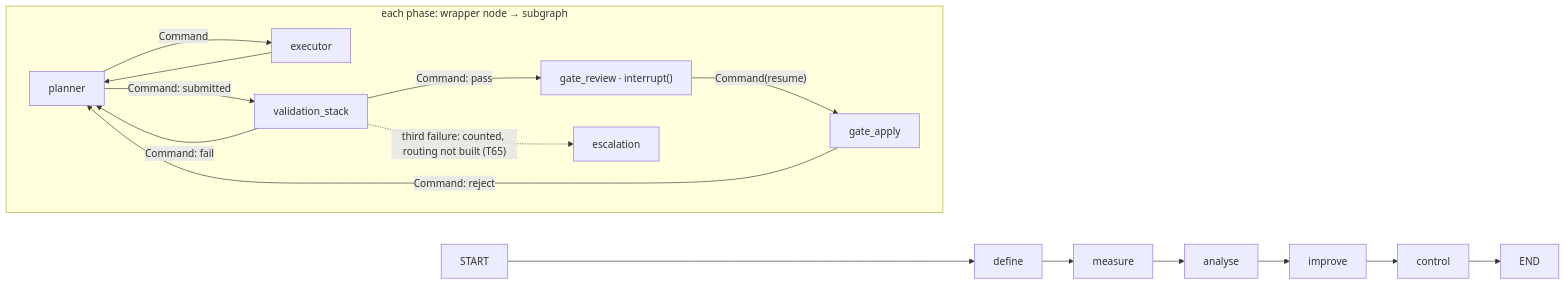
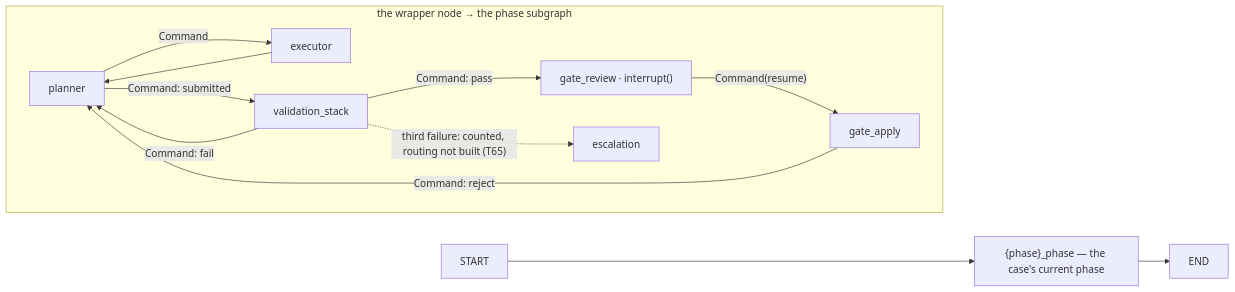
One commit to vpangalis/agentlean changed the third of 9 diagrams in agent-improve/ARCHITECTURE.md. Above: the diagram before and after it, drawn with Mermaid. The commit also changed other lines of this file and 2 other files, not shown here.

````diff
--- a/agent-improve/ARCHITECTURE.md
+++ b/agent-improve/ARCHITECTURE.md
@@ -94,15 +94,15 @@
 ```mermaid
 flowchart LR
-  START --> define --> measure --> analyse --> improve --> control --> END
-  subgraph phase["each phase: wrapper node → subgraph"]
+  START --> W["{phase}_phase — the case's current phase"] --> END
+  subgraph phase["the wrapper node → the phase subgraph"]
     direction LR
     P[planner] -- "Command" --> E[executor]
     E --> P
     P -- "Command: submitted" --> V[validation_stack]
     V -- "Command: fail" --> P
     V -- "Command: pass" --> R["gate_review · interrupt()"]
     V -. "third failure: counted, routing not built (T65)" .-> X[escalation]
     R -- "Command(resume)" --> A[gate_apply]
     A -- "Command: reject" --> P
   end
 ```
````
